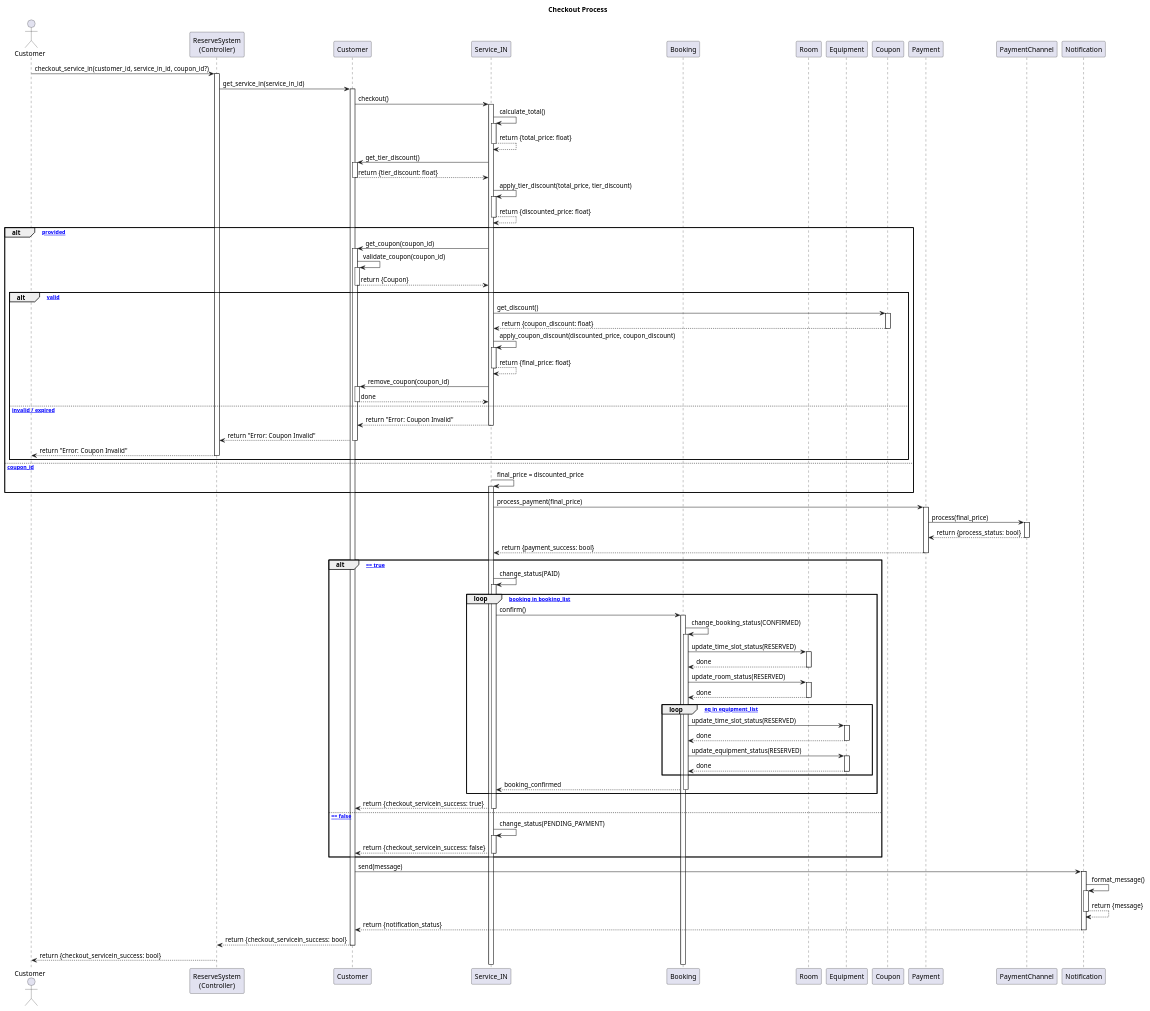
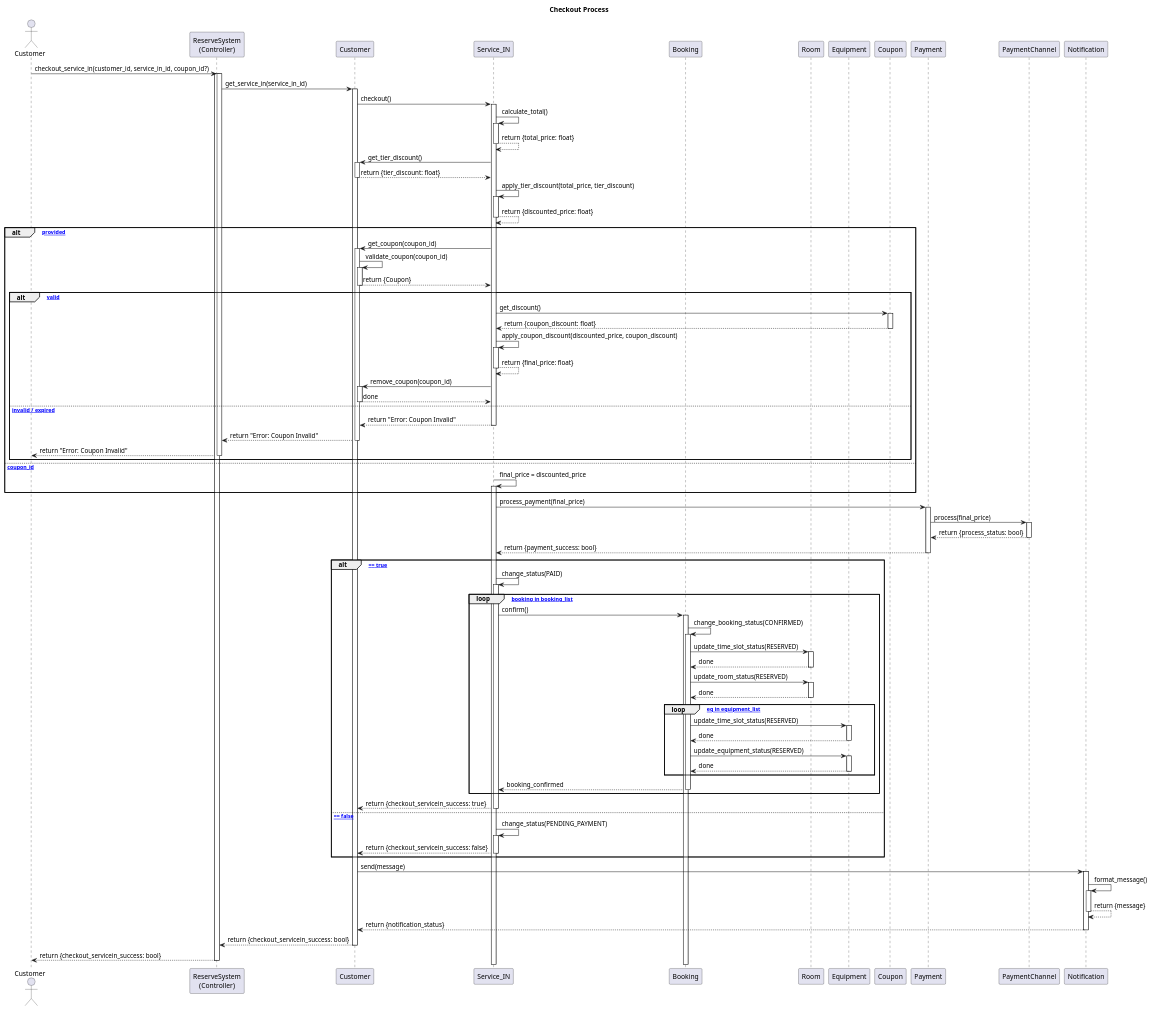
One commit to pjngth998/RhythmReserve changed the diagram in diagram/sequence_diagram/Check_out_service_in.puml. Above: the diagram before and after it, drawn with PlantUML. The commit also changed 1 other file, not shown here.

```diff
--- a/diagram/sequence_diagram/Check_out_service_in.puml
+++ b/diagram/sequence_diagram/Check_out_service_in.puml
@@ -1,104 +1,106 @@
 @startuml
 autoactivate on
 
 actor "Customer" as Program
 participant "ReserveSystem\n(Controller)" as System
 participant "Customer" as Customer
 participant "Service_IN" as ServiceIN
 participant "Booking" as Booking
 participant "Room" as Room
 participant "Equipment" as Equipment
 participant "Coupon" as Coupon
 participant "Payment" as Payment
 participant "PaymentChannel" as Channel
 participant "Notification" as Notification
 
 title Checkout Process
 
 Program -> System : checkout_service_in(customer_id, service_in_id, coupon_id?)
+activate System
 
     System -> Customer : get_service_in(service_in_id)
 
         Customer -> ServiceIN : checkout()
 
             ServiceIN -> ServiceIN : calculate_total()
             ServiceIN --> ServiceIN : return {total_price: float}
 
             ServiceIN -> Customer : get_tier_discount()
             Customer --> ServiceIN : return {tier_discount: float}
 
             ServiceIN -> ServiceIN : apply_tier_discount(total_price, tier_discount)
             ServiceIN --> ServiceIN : return {discounted_price: float}
 
             alt [coupon_id provided]
 
                 ServiceIN -> Customer : get_coupon(coupon_id)
                     Customer -> Customer : validate_coupon(coupon_id)
                 Customer --> ServiceIN : return {Coupon}
 
                 alt [Coupon valid]
                     ServiceIN -> Coupon : get_discount()
                     Coupon --> ServiceIN : return {coupon_discount: float}
 
                     ServiceIN -> ServiceIN : apply_coupon_discount(discounted_price, coupon_discount)
                     ServiceIN --> ServiceIN : return {final_price: float}
 
                     ServiceIN -> Customer : remove_coupon(coupon_id)
                     Customer --> ServiceIN : done
 
                 else [Coupon invalid / expired]
                     ServiceIN --> Customer : return "Error: Coupon Invalid"
                     Customer --> System : return "Error: Coupon Invalid"
                     System --> Program : return "Error: Coupon Invalid"
                 end
 
             else [no coupon_id]
                 ServiceIN -> ServiceIN : final_price = discounted_price
             end
 
             ServiceIN -> Payment : process_payment(final_price)
                 Payment -> Channel : process(final_price)
                 Channel --> Payment : return {process_status: bool}
             Payment --> ServiceIN : return {payment_success: bool}
 
             alt [payment_success == true]
 
                 ServiceIN -> ServiceIN : change_status(PAID)
 
                 loop [for booking in booking_list]
                     ServiceIN -> Booking : confirm()
 
                         Booking -> Booking : change_booking_status(CONFIRMED)
 
                         Booking -> Room : update_time_slot_status(RESERVED)
                         Room --> Booking : done
                         Booking -> Room : update_room_status(RESERVED)
                         Room --> Booking : done
 
                         loop [for eq in equipment_list]
                             Booking -> Equipment : update_time_slot_status(RESERVED)
                             Equipment --> Booking : done
                             Booking -> Equipment : update_equipment_status(RESERVED)
                             Equipment --> Booking : done
                         end
 
                     Booking --> ServiceIN : booking_confirmed
                 end
 
             ServiceIN --> Customer : return {checkout_servicein_success: true}
 
             else [payment_success == false]
                 ServiceIN -> ServiceIN : change_status(PENDING_PAYMENT)
                 ServiceIN --> Customer : return {checkout_servicein_success: false}
             end
 
         Customer -> Notification : send(message)
             Notification -> Notification : format_message()
             Notification --> Notification : return {message}
         Notification --> Customer : return {notification_status}
 
     Customer --> System : return {checkout_servicein_success: bool}
 
 System --> Program : return {checkout_servicein_success: bool}
+deactivate System
 
 @enduml
```
